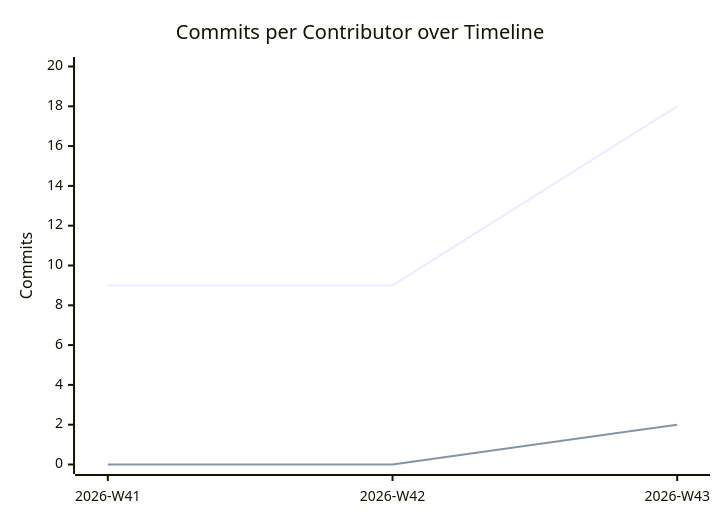
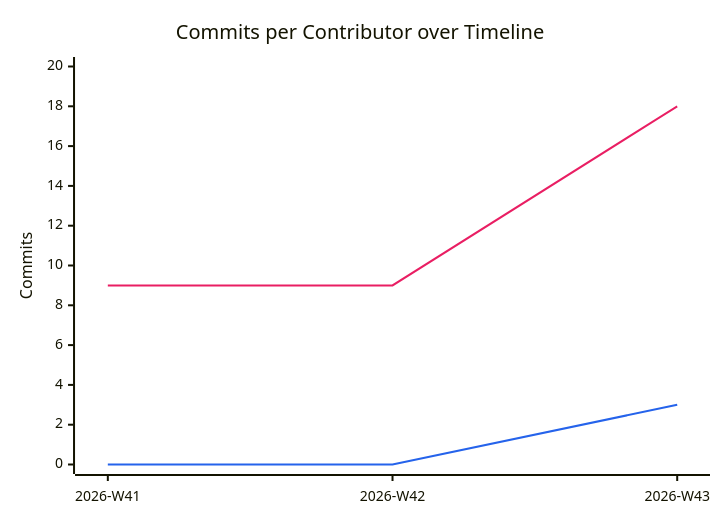
One commit to BeyondMagic/swe-template changed the diagram in documentation/snippets/management/commit-velocity.mmd. Above: the diagram before and after it, drawn with Mermaid. The commit also changed 5 other files, not shown here.

```diff
--- a/documentation/snippets/management/commit-velocity.mmd
+++ b/documentation/snippets/management/commit-velocity.mmd
@@ -1,6 +1,7 @@
+%%{init: {"themeVariables": {"xyChart": {"plotColorPalette": "#e91e63, #2563eb"}}}}%%
 xychart-beta
     title "Commits per Contributor over Timeline"
     x-axis ["2026-W41", "2026-W42", "2026-W43"]
     y-axis "Commits" 0 --> 20
     line [9, 9, 18]
-    line [0, 0, 2]
+    line [0, 0, 3]
```
